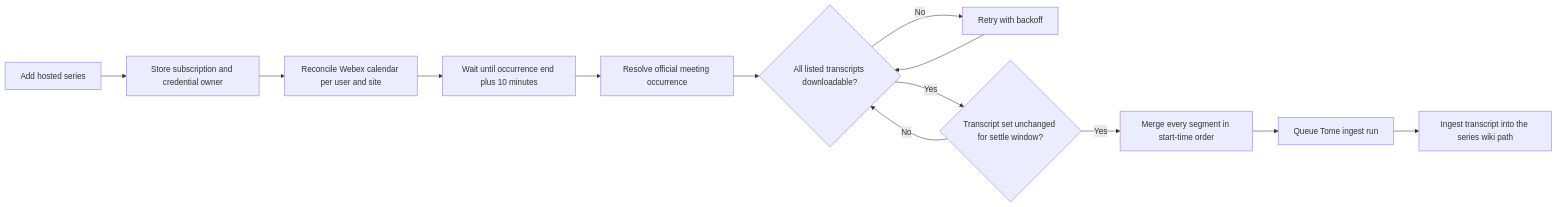
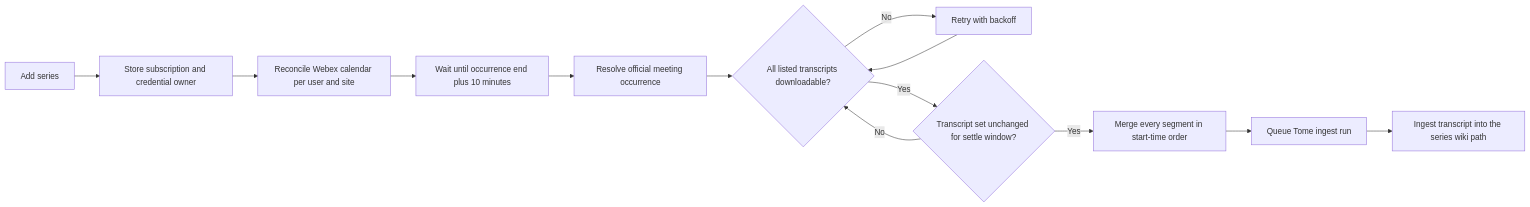
Before and after one commit to cnoe-io/ai-platform-engineering: the diagram in ui/src/lib/tome/auto-ingest/README.md, drawn with Mermaid. The commit also changed other lines of this file and 19 other files, not shown here.

````diff
--- a/ui/src/lib/tome/auto-ingest/README.md
+++ b/ui/src/lib/tome/auto-ingest/README.md
@@ -29,15 +30,15 @@
 ```mermaid
 flowchart LR
-  A[Add hosted series] --> B[Store subscription and credential owner]
+  A[Add series] --> B[Store subscription and credential owner]
   B --> C[Reconcile Webex calendar per user and site]
   C --> D[Wait until occurrence end plus 10 minutes]
   D --> E[Resolve official meeting occurrence]
   E --> F{All listed transcripts downloadable?}
   F -- No --> G[Retry with backoff]
   G --> F
   F -- Yes --> H{Transcript set unchanged for settle window?}
   H -- No --> F
   H -- Yes --> I[Merge every segment in start-time order]
   I --> J[Queue Tome ingest run]
   J --> K[Ingest transcript into the series wiki path]
 ```
````
